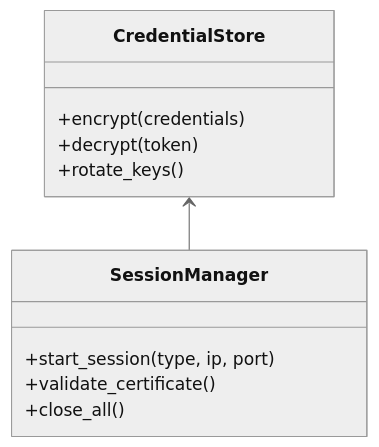
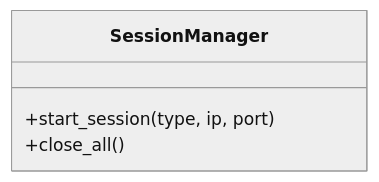
Before and after one commit to goranjovic55/LOGReport: the second of 2 diagrams in _PROJECT/_BMPRSS/_BLUEPRINT/COMMANDER_GUI_SPEC.md, drawn with Mermaid (neutral theme). The commit also changed other lines of this file and 2 other files, not shown here.

````diff
--- a/_PROJECT/_BMPRSS/_BLUEPRINT/COMMANDER_GUI_SPEC.md
+++ b/_PROJECT/_BMPRSS/_BLUEPRINT/COMMANDER_GUI_SPEC.md
@@ -137,16 +82,7 @@
 ```mermaid
 classDiagram
-    class CredentialStore {
-        +encrypt(credentials)
-        +decrypt(token)
-        +rotate_keys()
-    }
-    
     class SessionManager {
         +start_session(type, ip, port)
-        +validate_certificate()
         +close_all()
     }
-    
-    CredentialStore <-- SessionManager
 ```
````
